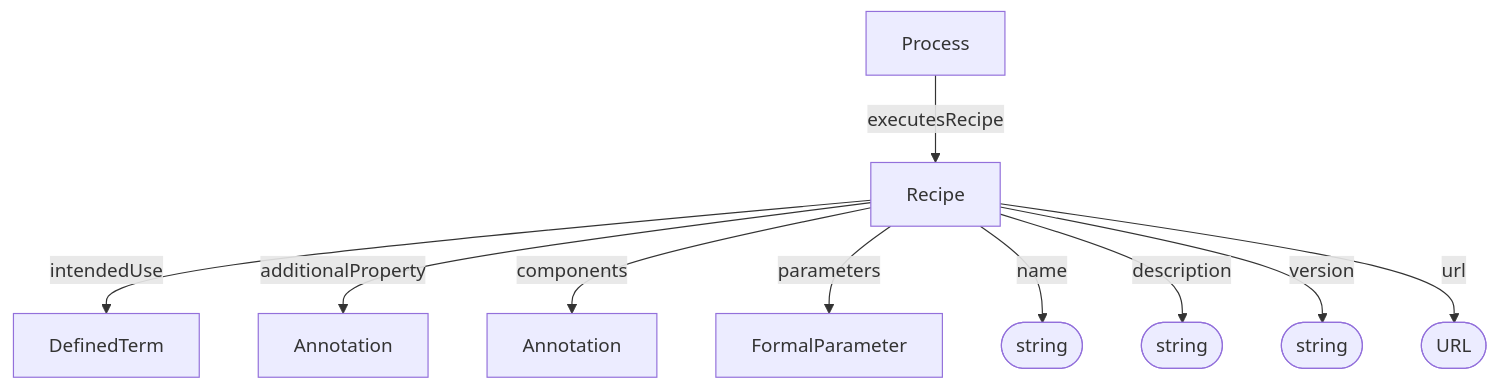
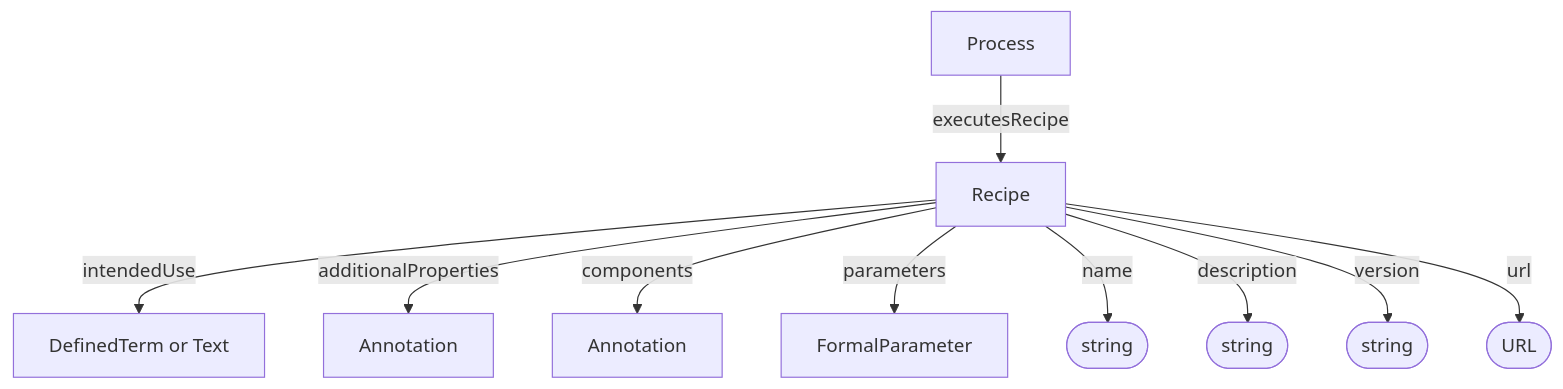
Before and after one commit to HLWeil/ARC-base-model: the diagram in docs/spec/process_provenance/Recipe.md, drawn with Mermaid. The commit also changed other lines of this file and 1 other file, not shown here.

Commit message:
docs: clarify recipe cardinalities and mappings

````diff
--- a/docs/spec/process_provenance/Recipe.md
+++ b/docs/spec/process_provenance/Recipe.md
@@ -36,21 +38,22 @@
 ```mermaid
 flowchart TD
 
     na@{ shape: stadium, label: "string" }
     de@{ shape: stadium, label: "string" }
     ve@{ shape: stadium, label: "string" }
     ur@{ shape: stadium, label: "URL" }
     av[Annotation]
     co[Annotation]
+    iu["DefinedTerm or Text"]
 
     Process --executesRecipe--> Recipe
-    Recipe --intendedUse--> DefinedTerm
-    Recipe --additionalProperty--> av
+    Recipe --intendedUse--> iu
+    Recipe --additionalProperties--> av
     Recipe --components--> co
     Recipe --parameters--> FormalParameter
     Recipe --name--> na
     Recipe --description--> de
     Recipe --version--> ve
     Recipe --url--> ur
 
 ```
````
